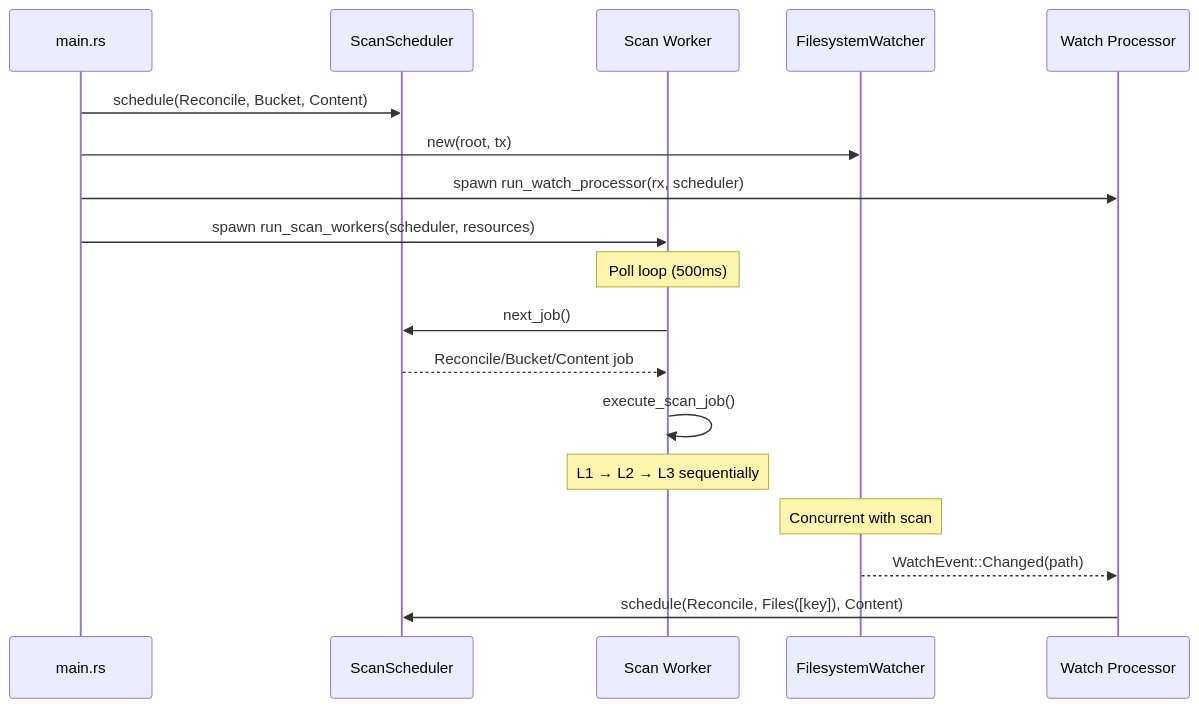
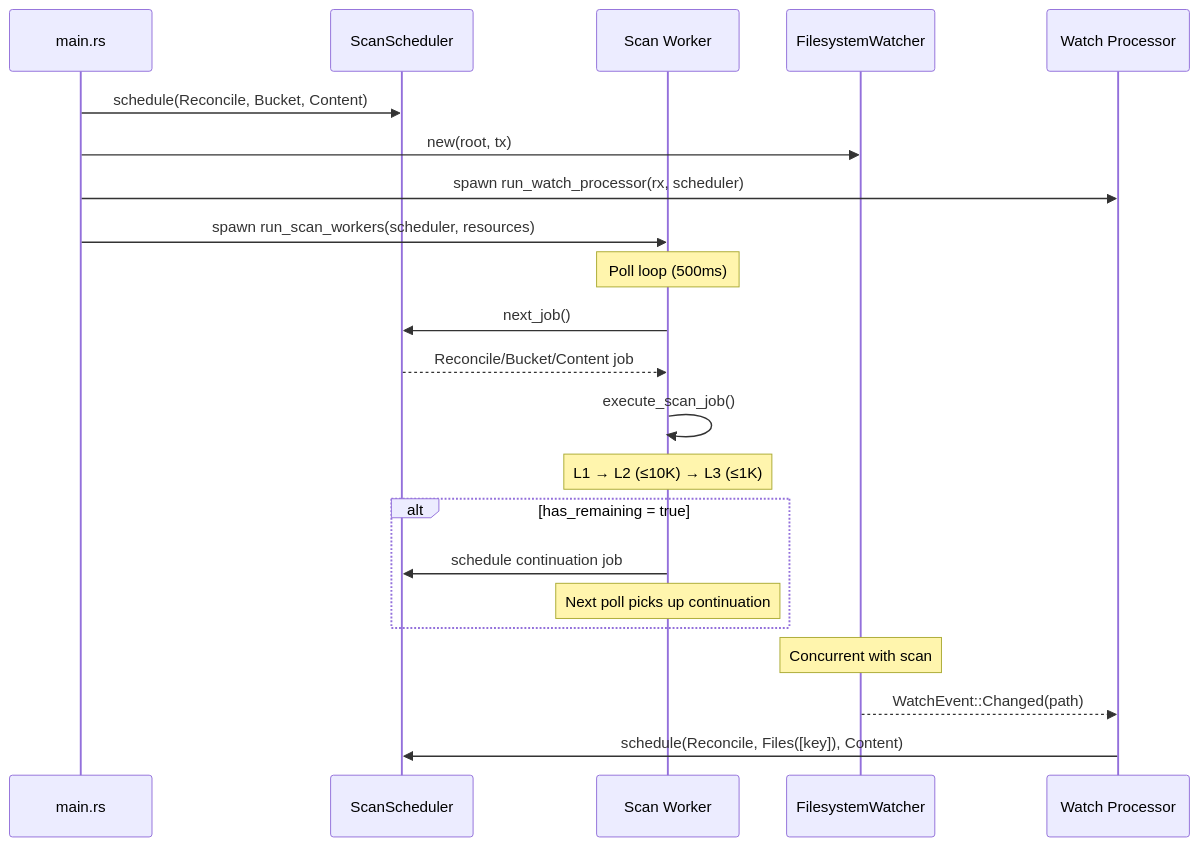
One commit to deepjoy/shoebox changed the eighth of 8 diagrams in docs/architecture/scanner.md. Above: the diagram before and after it, drawn with Mermaid. The commit also changed other lines of this file and 1 other file, not shown here.

First line of the commit message:
feat(scanner): add batch limits and continuation to scan worker loop (#32)

````diff
--- a/docs/architecture/scanner.md
+++ b/docs/architecture/scanner.md
@@ -210,24 +231,29 @@
 ```mermaid
 sequenceDiagram
     participant M as main.rs
     participant S as ScanScheduler
     participant W as Scan Worker
     participant FW as FilesystemWatcher
     participant WP as Watch Processor
 
     M->>S: schedule(Reconcile, Bucket, Content)
     M->>FW: new(root, tx)
     M->>WP: spawn run_watch_processor(rx, scheduler)
     M->>W: spawn run_scan_workers(scheduler, resources)
 
     Note over W: Poll loop (500ms)
     W->>S: next_job()
     S-->>W: Reconcile/Bucket/Content job
 
     W->>W: execute_scan_job()
-    Note over W: L1 → L2 → L3 sequentially
+    Note over W: L1 → L2 (≤10K) → L3 (≤1K)
+
+    alt has_remaining = true
+        W->>S: schedule continuation job
+        Note over W: Next poll picks up continuation
+    end
 
     Note over FW: Concurrent with scan
     FW-->>WP: WatchEvent::Changed(path)
     WP->>S: schedule(Reconcile, Files([key]), Content)
 ```
````
